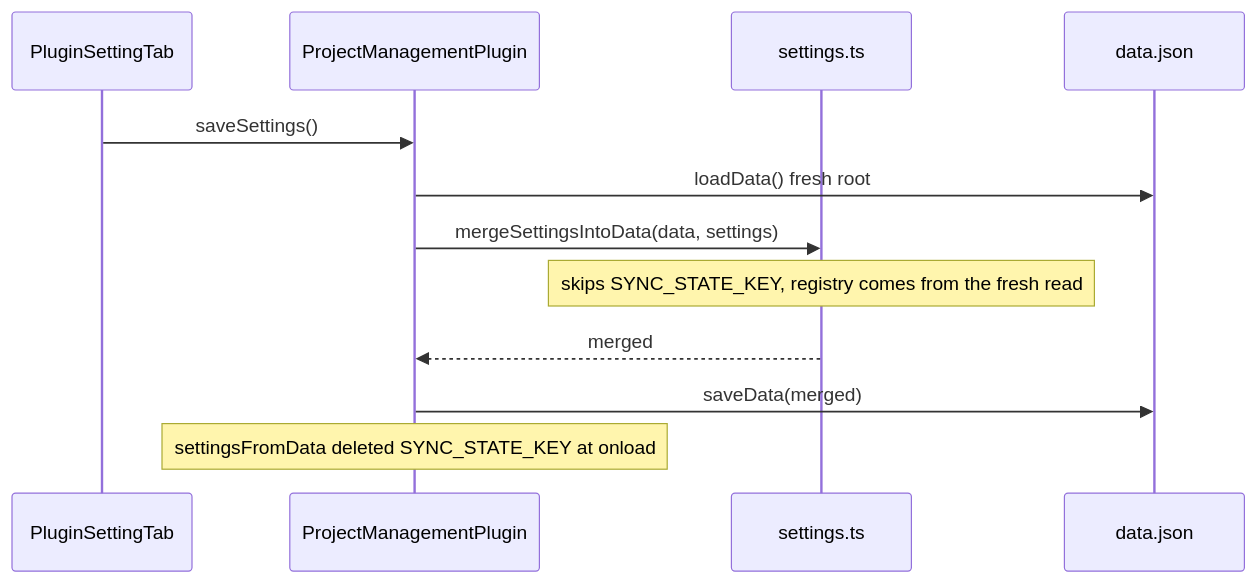
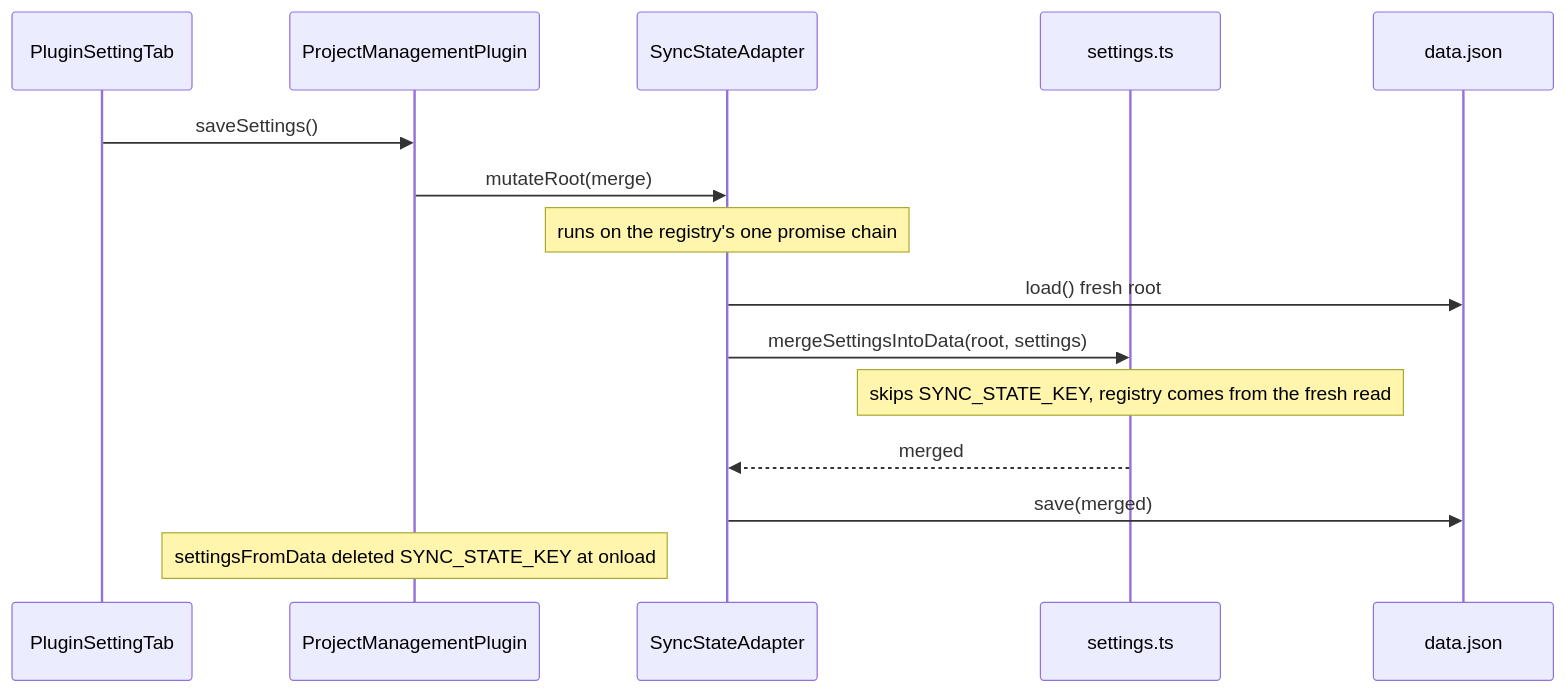
Before and after one commit to 99linesofcode/obsidian-project-management: diagram 21 of 25 in docs/developer-manual.md, drawn with Mermaid. The commit also changed other lines of this file and 32 other files, not shown here.

Commit message:
fix: final verification findings — registry-first outward creation, board dedup, cursor watermark, SYNC-8 restore, boundary import rule, read-only version guard, settings mutex; manual brought to truth (t20)

````diff
--- a/docs/developer-manual.md
+++ b/docs/developer-manual.md
@@ -729,15 +893,18 @@
 ```mermaid
 sequenceDiagram
   participant Tab as PluginSettingTab
   participant P as ProjectManagementPlugin
+  participant A as SyncStateAdapter
   participant S as settings.ts
   participant D as data.json
 
   Tab->>P: saveSettings()
-  P->>D: loadData() fresh root
-  P->>S: mergeSettingsIntoData(data, settings)
+  P->>A: mutateRoot(merge)
+  Note over A: runs on the registry's one promise chain
+  A->>D: load() fresh root
+  A->>S: mergeSettingsIntoData(root, settings)
   Note over S: skips SYNC_STATE_KEY, registry comes from the fresh read
-  S-->>P: merged
-  P->>D: saveData(merged)
+  S-->>A: merged
+  A->>D: save(merged)
   Note over P: settingsFromData deleted SYNC_STATE_KEY at onload
 ```
````
